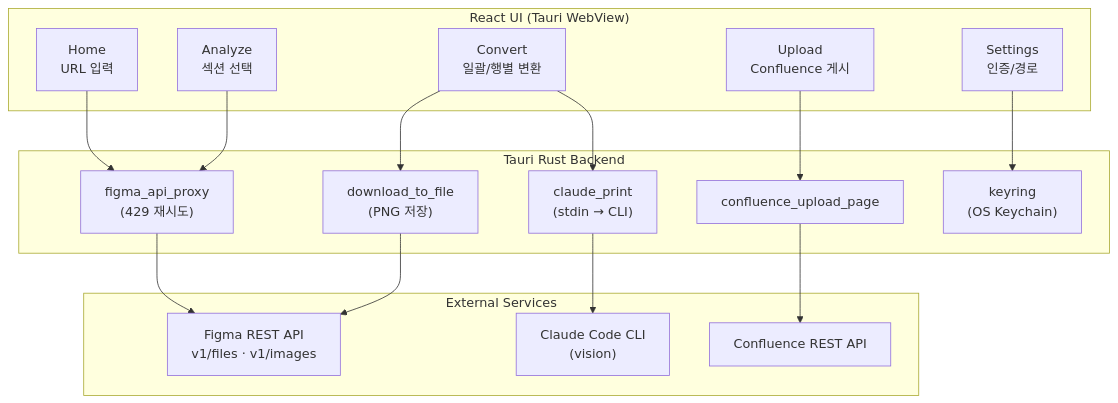
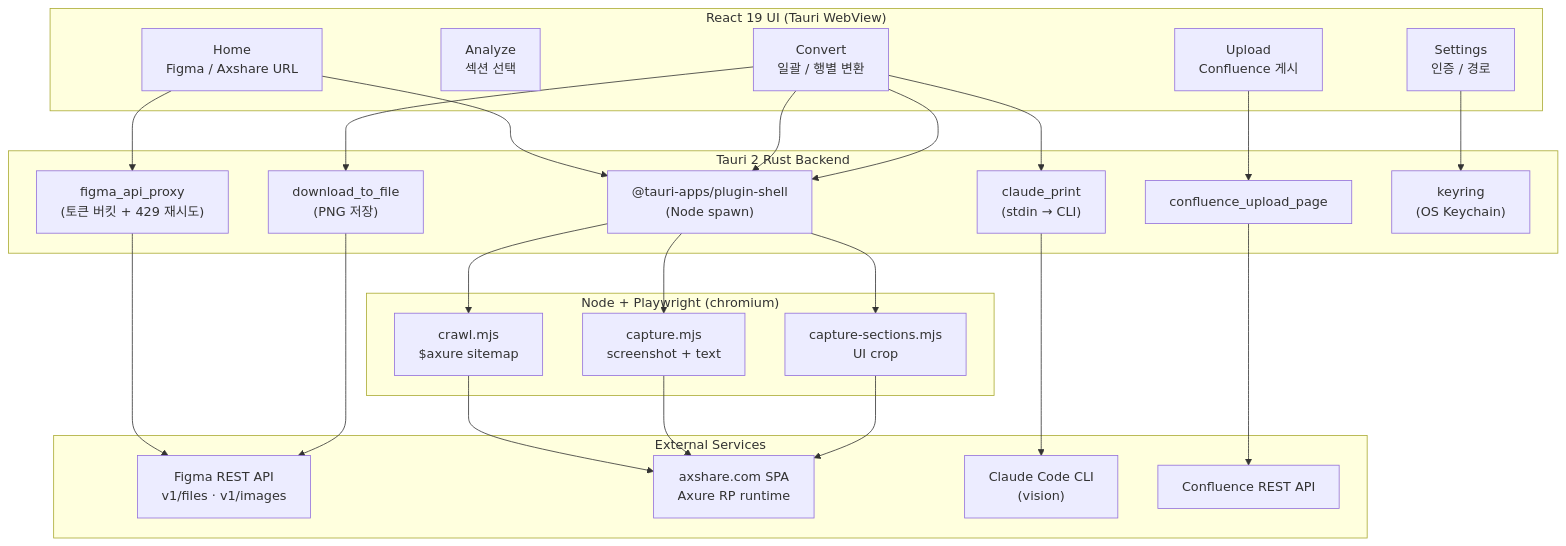
Before and after one commit to leonardo204/Portfolio: the first of 2 diagrams in projects/flipbook-maker/README.md, drawn with Mermaid. The commit also changed other lines of this file and 3 other files, not shown here.

First line of the commit message:
[Docs] Refine FlipMD project page with Axshare and Playwright details

````diff
--- a/projects/flipbook-maker/README.md
+++ b/projects/flipbook-maker/README.md
@@ -73,31 +96,41 @@
 ```mermaid
 graph TD
-    subgraph UI["React UI (Tauri WebView)"]
-        Home[Home<br/>URL 입력]
+    subgraph UI["React 19 UI (Tauri WebView)"]
+        Home[Home<br/>Figma / Axshare URL]
         Analyze[Analyze<br/>섹션 선택]
-        Convert[Convert<br/>일괄/행별 변환]
+        Convert[Convert<br/>일괄 / 행별 변환]
         Upload[Upload<br/>Confluence 게시]
-        Settings[Settings<br/>인증/경로]
+        Settings[Settings<br/>인증 / 경로]
     end
 
-    subgraph Tauri["Tauri Rust Backend"]
-        FProxy["figma_api_proxy<br/>(429 재시도)"]
+    subgraph Tauri["Tauri 2 Rust Backend"]
+        FProxy["figma_api_proxy<br/>(토큰 버킷 + 429 재시도)"]
         DLFile["download_to_file<br/>(PNG 저장)"]
         Claude["claude_print<br/>(stdin → CLI)"]
         ConfUp["confluence_upload_page"]
+        Shell["@tauri-apps/plugin-shell<br/>(Node spawn)"]
         Keyring["keyring<br/>(OS Keychain)"]
+    end
+
+    subgraph PWNode["Node + Playwright (chromium)"]
+        Crawl["crawl.mjs<br/>$axure sitemap"]
+        Capture["capture.mjs<br/>screenshot + text"]
+        CapSec["capture-sections.mjs<br/>UI crop"]
     end
 
     subgraph External["External Services"]
         Figma["Figma REST API<br/>v1/files · v1/images"]
+        Axshare["axshare.com SPA<br/>Axure RP runtime"]
         ClaudeCLI["Claude Code CLI<br/>(vision)"]
         Conf["Confluence REST API"]
     end
 
     Home --> FProxy --> Figma
-    Analyze --> FProxy
+    Home --> Shell --> Crawl --> Axshare
     Convert --> DLFile --> Figma
+    Convert --> Shell --> Capture --> Axshare
+    Convert --> Shell --> CapSec --> Axshare
     Convert --> Claude --> ClaudeCLI
     Upload --> ConfUp --> Conf
     Settings --> Keyring
 ```
````
